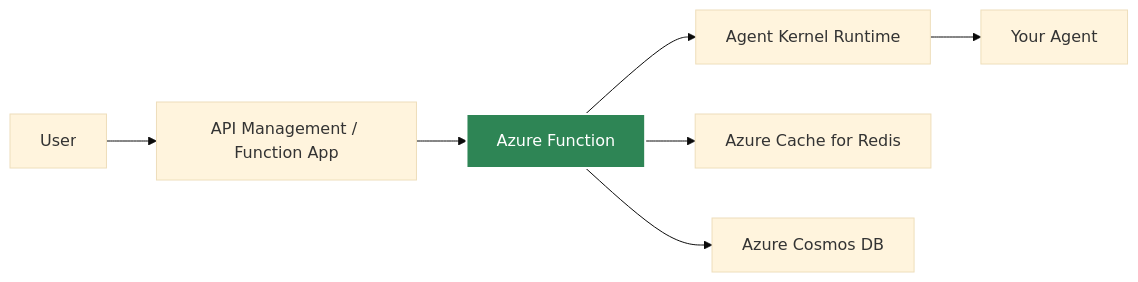
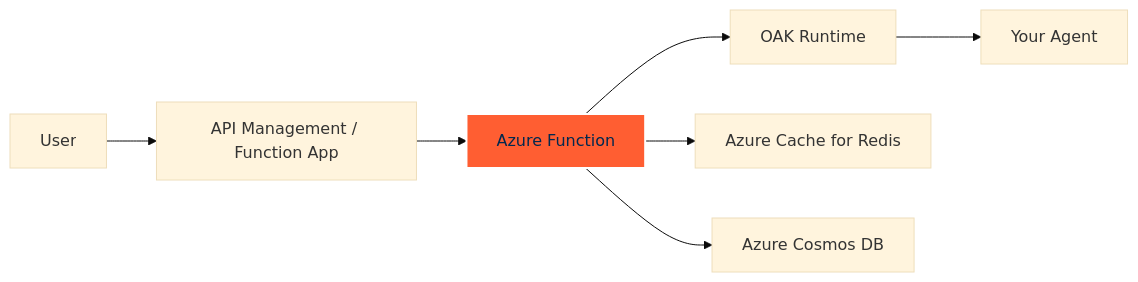
One commit to yaalalabs/agent-kernel changed the first of 2 diagrams in docs/docs/deployment/azure-serverless.md. Above: the diagram before and after it, drawn with Mermaid (base theme). The commit also changed other lines of this file and 444 other files, not shown here.

````diff
--- a/docs/docs/deployment/azure-serverless.md
+++ b/docs/docs/deployment/azure-serverless.md
@@ -15,11 +15,11 @@
 ```mermaid
 graph LR
     A[User] --> B[API Management / Function App]
     B --> C[Azure Function]
-    C --> D[Agent Kernel Runtime]
+    C --> D[OAK Runtime]
     D --> E[Your Agent]
     C --> F[Azure Cache for Redis]
     C --> G[Azure Cosmos DB]
     
-    style C fill:#2e8555,stroke:#fff,stroke-width:2px,color:#fff
+    style C fill:#FF5E32,stroke:#fff,stroke-width:2px,color:#02284F
 ```
````
